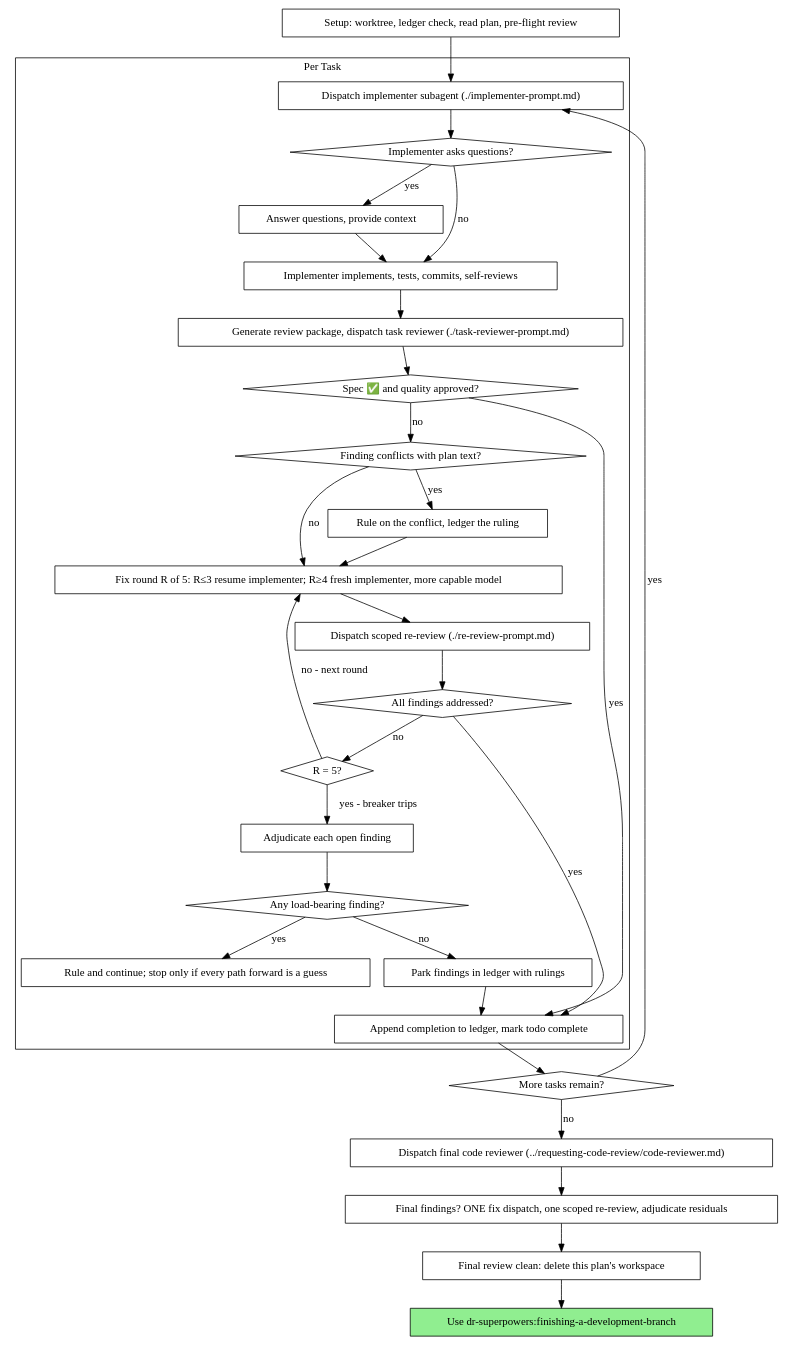
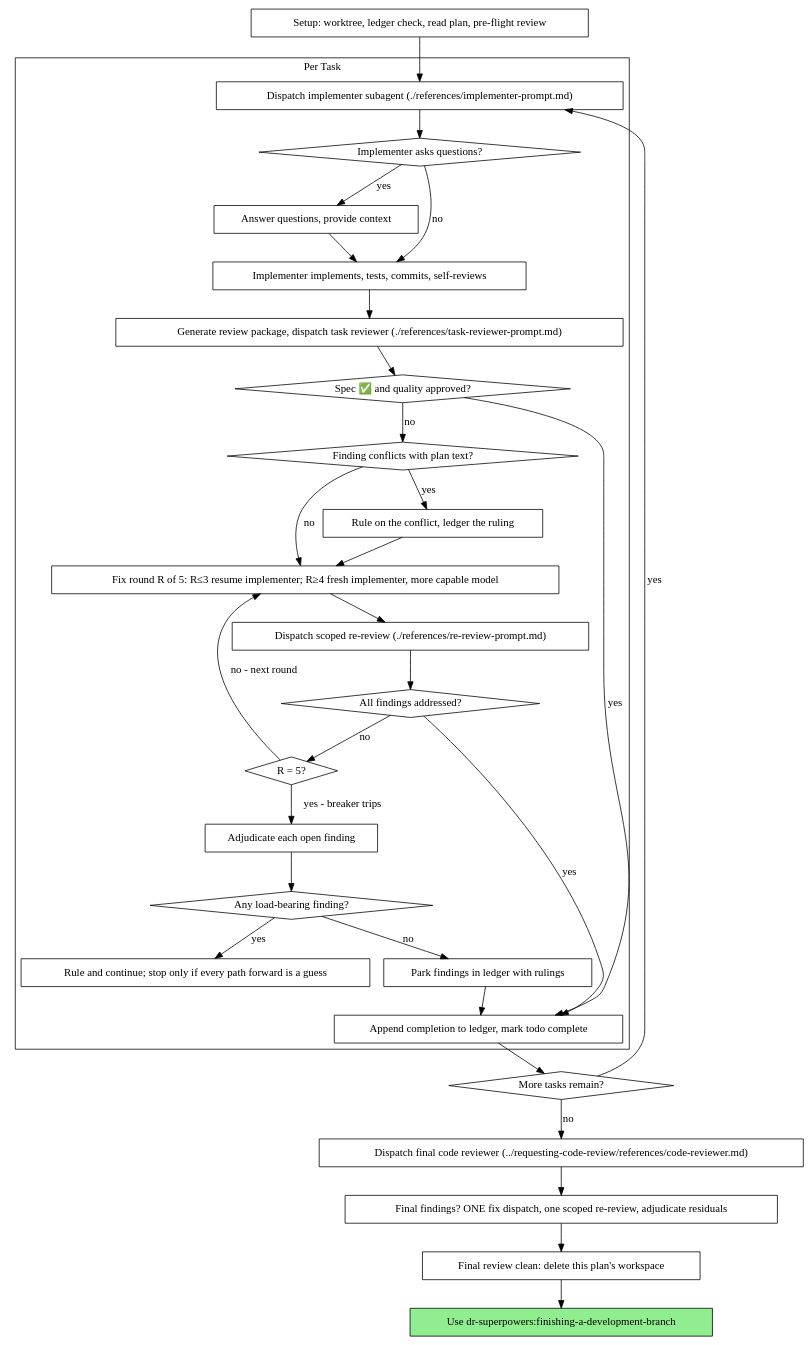
One commit to darkraise/darkraise-ai-plugins changed the second of 2 diagrams in plugins/dr-superpowers/skills/subagent-driven-development/SKILL.md. Above: the diagram before and after it, drawn with Graphviz. The commit also changed other lines of this file and 22 other files, not shown here.

````diff
--- a/plugins/dr-superpowers/skills/subagent-driven-development/SKILL.md
+++ b/plugins/dr-superpowers/skills/subagent-driven-development/SKILL.md
@@ -61,62 +61,62 @@
 ```dot
 digraph process {
     rankdir=TB;
 
     subgraph cluster_per_task {
         label="Per Task";
-        "Dispatch implementer subagent (./implementer-prompt.md)" [shape=box];
+        "Dispatch implementer subagent (./references/implementer-prompt.md)" [shape=box];
         "Implementer asks questions?" [shape=diamond];
         "Answer questions, provide context" [shape=box];
         "Implementer implements, tests, commits, self-reviews" [shape=box];
-        "Generate review package, dispatch task reviewer (./task-reviewer-prompt.md)" [shape=box];
+        "Generate review package, dispatch task reviewer (./references/task-reviewer-prompt.md)" [shape=box];
         "Spec ✅ and quality approved?" [shape=diamond];
         "Finding conflicts with plan text?" [shape=diamond];
         "Rule on the conflict, ledger the ruling" [shape=box];
         "Fix round R of 5: R≤3 resume implementer; R≥4 fresh implementer, more capable model" [shape=box];
-        "Dispatch scoped re-review (./re-review-prompt.md)" [shape=box];
+        "Dispatch scoped re-review (./references/re-review-prompt.md)" [shape=box];
         "All findings addressed?" [shape=diamond];
         "R = 5?" [shape=diamond];
         "Adjudicate each open finding" [shape=box];
         "Any load-bearing finding?" [shape=diamond];
         "Rule and continue; stop only if every path forward is a guess" [shape=box];
         "Park findings in ledger with rulings" [shape=box];
         "Append completion to ledger, mark todo complete" [shape=box];
     }
 
     "Setup: worktree, ledger check, read plan, pre-flight review" [shape=box];
     "More tasks remain?" [shape=diamond];
-    "Dispatch final code reviewer (../requesting-code-review/code-reviewer.md)" [shape=box];
+    "Dispatch final code reviewer (../requesting-code-review/references/code-reviewer.md)" [shape=box];
     "Final findings? ONE fix dispatch, one scoped re-review, adjudicate residuals" [shape=box];
     "Final review clean: delete this plan's workspace" [shape=box];
     "Use dr-superpowers:finishing-a-development-branch" [shape=box style=filled fillcolor=lightgreen];
 
-    "Setup: worktree, ledger check, read plan, pre-flight review" -> "Dispatch implementer subagent (./implementer-prompt.md)";
-    "Dispatch implementer subagent (./implementer-prompt.md)" -> "Implementer asks questions?";
+    "Setup: worktree, ledger check, read plan, pre-flight review" -> "Dispatch implementer subagent (./references/implementer-prompt.md)";
+    "Dispatch implementer subagent (./references/implementer-prompt.md)" -> "Implementer asks questions?";
     "Implementer asks questions?" -> "Answer questions, provide context" [label="yes"];
     "Answer questions, provide context" -> "Implementer implements, tests, commits, self-reviews";
     "Implementer asks questions?" -> "Implementer implements, tests, commits, self-reviews" [label="no"];
-    "Implementer implements, tests, commits, self-reviews" -> "Generate review package, dispatch task reviewer (./task-reviewer-prompt.md)";
-    "Generate review package, dispatch task reviewer (./task-reviewer-prompt.md)" -> "Spec ✅ and quality approved?";
+    "Implementer implements, tests, commits, self-reviews" -> "Generate review package, dispatch task reviewer (./references/task-reviewer-prompt.md)";
+    "Generate review package, dispatch task reviewer (./references/task-reviewer-prompt.md)" -> "Spec ✅ and quality approved?";
     "Spec ✅ and quality approved?" -> "Append completion to ledger, mark todo complete" [label="yes"];
     "Spec ✅ and quality approved?" -> "Finding conflicts with plan text?" [label="no"];
     "Finding conflicts with plan text?" -> "Rule on the conflict, ledger the ruling" [label="yes"];
     "Rule on the conflict, ledger the ruling" -> "Fix round R of 5: R≤3 resume implementer; R≥4 fresh implementer, more capable model";
     "Finding conflicts with plan text?" -> "Fix round R of 5: R≤3 resume implementer; R≥4 fresh implementer, more capable model" [label="no"];
-    "Fix round R of 5: R≤3 resume implementer; R≥4 fresh implementer, more capable model" -> "Dispatch scoped re-review (./re-review-prompt.md)";
-    "Dispatch scoped re-review (./re-review-prompt.md)" -> "All findings addressed?";
+    "Fix round R of 5: R≤3 resume implementer; R≥4 fresh implementer, more capable model" -> "Dispatch scoped re-review (./references/re-review-prompt.md)";
+    "Dispatch scoped re-review (./references/re-review-prompt.md)" -> "All findings addressed?";
     "All findings addressed?" -> "Append completion to ledger, mark todo complete" [label="yes"];
     "All findings addressed?" -> "R = 5?" [label="no"];
     "R = 5?" -> "Fix round R of 5: R≤3 resume implementer; R≥4 fresh implementer, more capable model" [label="no - next round"];
     "R = 5?" -> "Adjudicate each open finding" [label="yes - breaker trips"];
     "Adjudicate each open finding" -> "Any load-bearing finding?";
     "Any load-bearing finding?" -> "Rule and continue; stop only if every path forward is a guess" [label="yes"];
     "Any load-bearing finding?" -> "Park findings in ledger with rulings" [label="no"];
     "Park findings in ledger with rulings" -> "Append completion to ledger, mark todo complete";
     "Append completion to ledger, mark todo complete" -> "More tasks remain?";
-    "More tasks remain?" -> "Dispatch implementer subagent (./implementer-prompt.md)" [label="yes"];
-    "More tasks remain?" -> "Dispatch final code reviewer (../requesting-code-review/code-reviewer.md)" [label="no"];
-    "Dispatch final code reviewer (../requesting-code-review/code-reviewer.md)" -> "Final findings? ONE fix dispatch, one scoped re-review, adjudicate residuals";
+    "More tasks remain?" -> "Dispatch implementer subagent (./references/implementer-prompt.md)" [label="yes"];
+    "More tasks remain?" -> "Dispatch final code reviewer (../requesting-code-review/references/code-reviewer.md)" [label="no"];
+    "Dispatch final code reviewer (../requesting-code-review/references/code-reviewer.md)" -> "Final findings? ONE fix dispatch, one scoped re-review, adjudicate residuals";
     "Final findings? ONE fix dispatch, one scoped re-review, adjudicate residuals" -> "Final review clean: delete this plan's workspace";
     "Final review clean: delete this plan's workspace" -> "Use dr-superpowers:finishing-a-development-branch";
 }
 ```
````
